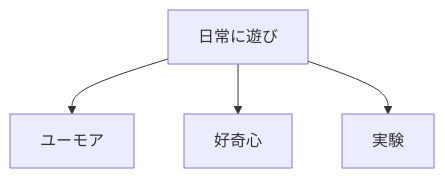
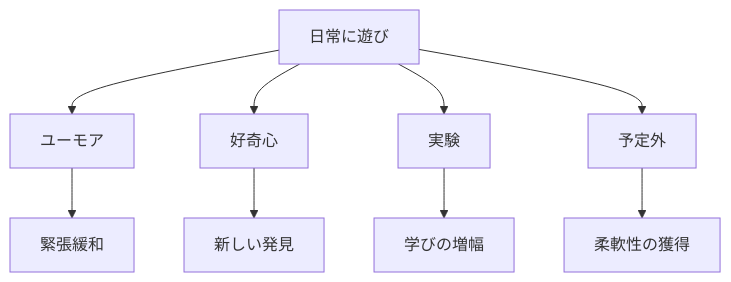
The third of 3 diagrams in content/blog/304-playfulness-mental-model-creativity.md (tndg16-bot/portfolio-site), drawn with Mermaid before and after one commit. The commit also changed other lines of this file and 4 other files, not shown here.

````diff
--- a/content/blog/304-playfulness-mental-model-creativity.md
+++ b/content/blog/304-playfulness-mental-model-creativity.md
@@ -55,7 +79,11 @@
 ```mermaid
 graph TD
-    A[日常に遊び]
-    A --> B[ユーモア]
+    A[日常に遊び] --> B[ユーモア]
     A --> C[好奇心]
     A --> D[実験]
+    A --> E[予定外]
+    B --> F[緊張緩和]
+    C --> G[新しい発見]
+    D --> H[学びの増幅]
+    E --> I[柔軟性の獲得]
 ```
````
